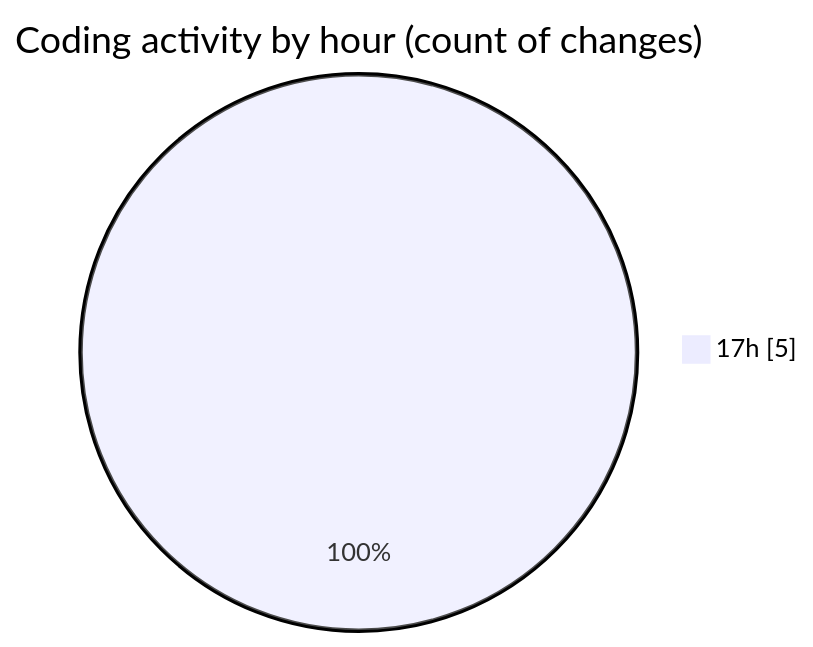
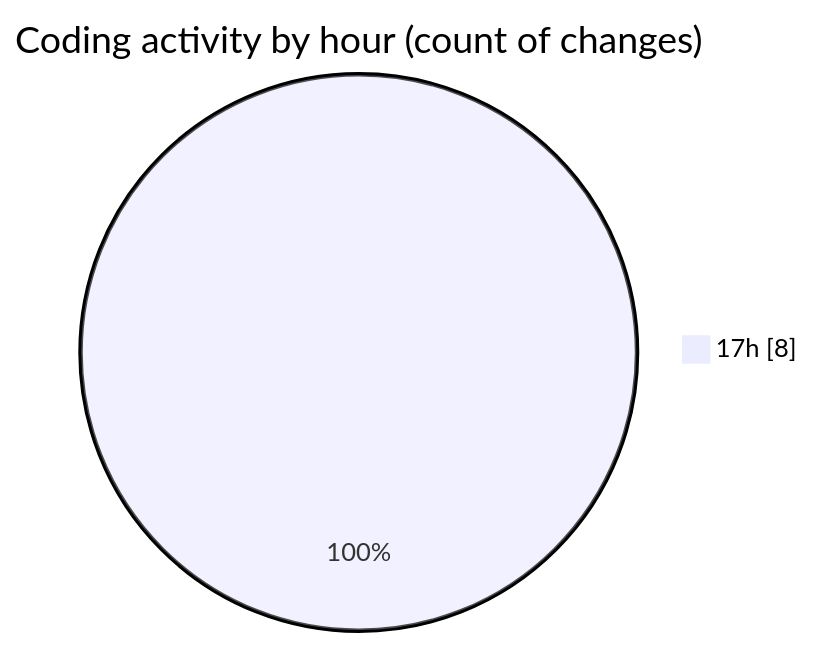
The second of 2 diagrams in 2025-05-07/app_idea/README.md (earendildev/code-tracking), drawn with Mermaid before and after one commit. The commit also changed other lines of this file and 1 other file, not shown here.

````diff
--- a/2025-05-07/app_idea/README.md
+++ b/2025-05-07/app_idea/README.md
@@ -28,5 +28,5 @@
 ```mermaid
 pie showData
 title Coding activity by hour (count of changes)
-"17h" : 5
+"17h" : 8
 ```
````
